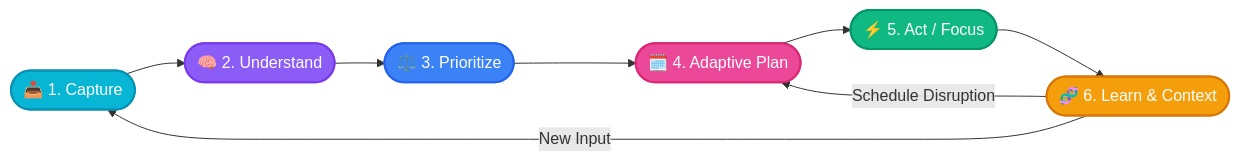
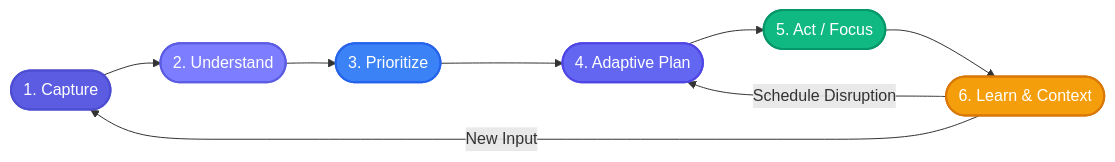
Before and after one commit to srinivas2s/flow: the first of 2 diagrams in README.md, drawn with Mermaid. The commit also changed other lines of this file, not shown here.

````diff
--- a/README.md
+++ b/README.md
@@ -60,17 +60,17 @@
 ```mermaid
 flowchart LR
-    A([📥 1. Capture]) --> B([🧠 2. Understand])
-    B --> C([⚖️ 3. Prioritize])
-    C --> D([🗓️ 4. Adaptive Plan])
-    D --> E([⚡ 5. Act / Focus])
-    E --> F([🧬 6. Learn & Context])
+    A([1. Capture]) --> B([2. Understand])
+    B --> C([3. Prioritize])
+    C --> D([4. Adaptive Plan])
+    D --> E([5. Act / Focus])
+    E --> F([6. Learn & Context])
     F -->|Schedule Disruption| D
     F -->|New Input| A
     
-    style A fill:#06B6D4,stroke:#0891B2,stroke-width:2px,color:#fff
-    style B fill:#8B5CF6,stroke:#7C3AED,stroke-width:2px,color:#fff
+    style A fill:#5B5CE2,stroke:#4C4DD1,stroke-width:2px,color:#fff
+    style B fill:#7C7DFF,stroke:#5B5CE2,stroke-width:2px,color:#fff
     style C fill:#3B82F6,stroke:#2563EB,stroke-width:2px,color:#fff
-    style D fill:#EC4899,stroke:#DB2777,stroke-width:2px,color:#fff
+    style D fill:#6366F1,stroke:#4F46E5,stroke-width:2px,color:#fff
     style E fill:#10B981,stroke:#059669,stroke-width:2px,color:#fff
     style F fill:#F59E0B,stroke:#D97706,stroke-width:2px,color:#fff
 ```
````
